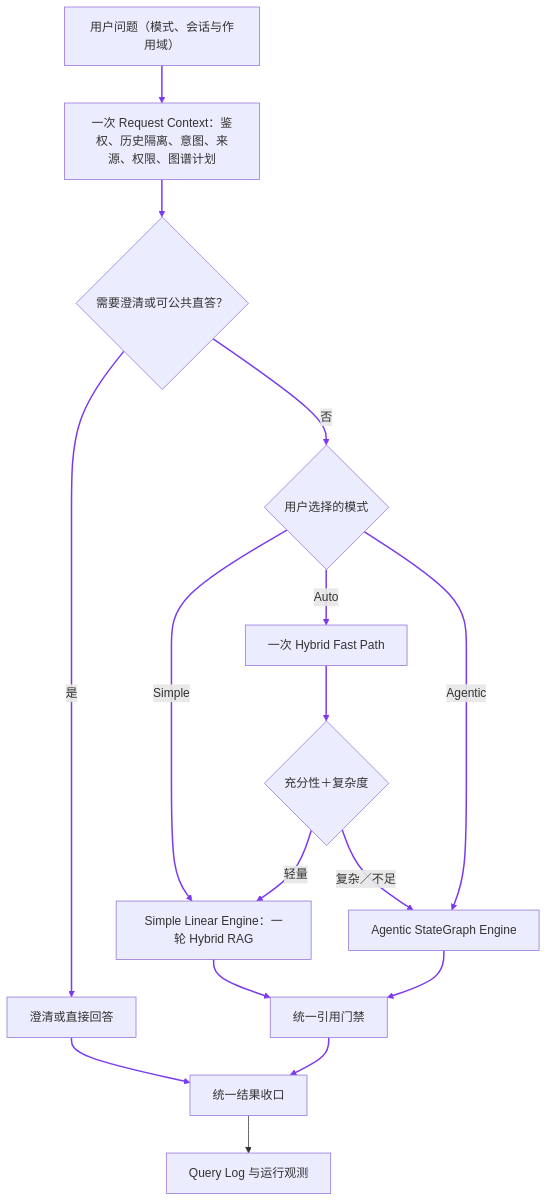
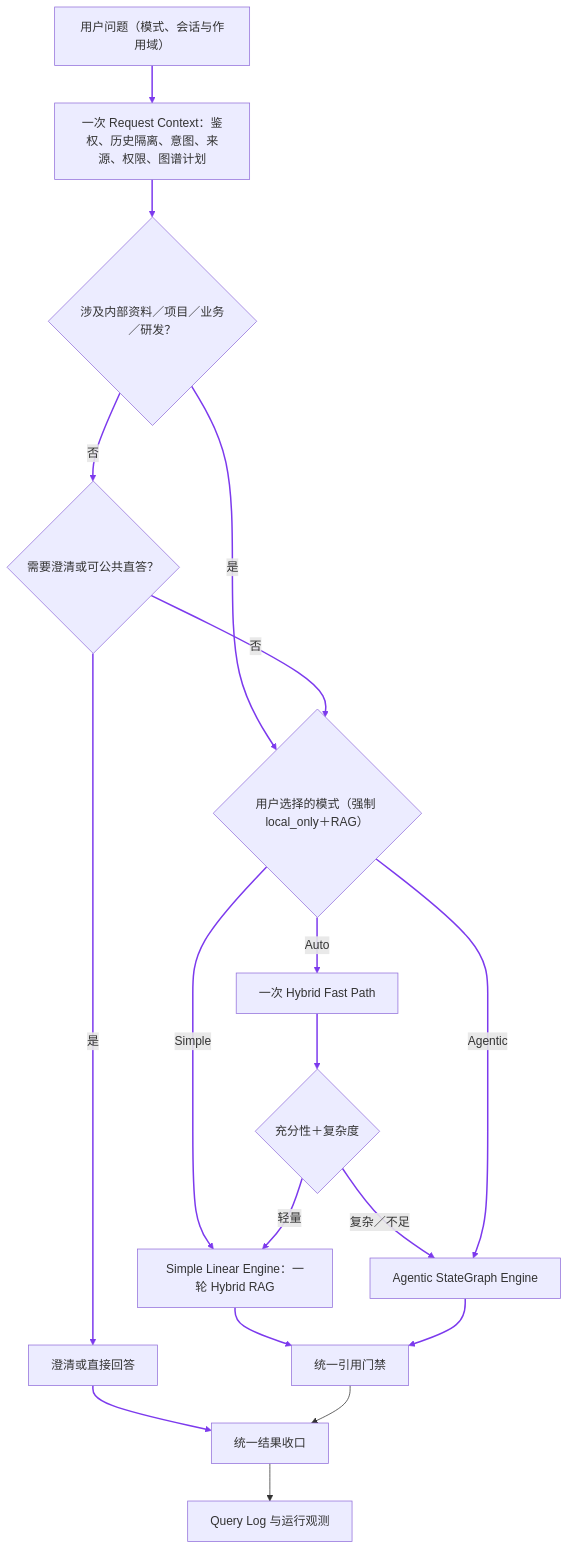
One commit to monstereatai/RAG changed the third of 29 diagrams in docs/interview/功能步骤流程.md. Above: the diagram before and after it, drawn with Mermaid. The commit also changed other lines of this file and 1 other file, not shown here.

Commit message:
docs: 校准功能流程导图与内部检索边界

````diff
--- a/docs/interview/功能步骤流程.md
+++ b/docs/interview/功能步骤流程.md
@@ -186,19 +186,21 @@
 ```mermaid
 flowchart TB
   A[用户问题（模式、会话与作用域）] --> B[一次 Request Context：鉴权、历史隔离、意图、来源、权限、图谱计划]
-  B --> C{需要澄清或可公共直答？}
+  B --> C0{涉及内部资料／项目／业务／研发？}
+  C0 -->|是| Dmode{用户选择的模式（强制 local_only＋RAG）}
+  C0 -->|否| C{需要澄清或可公共直答？}
   C -->|是| H[澄清或直接回答]
-  C -->|否| D{用户选择的模式}
-  D -->|Simple| E[Simple Linear Engine：一轮 Hybrid RAG]
-  D -->|Auto| F[一次 Hybrid Fast Path]
+  C -->|否| Dmode
+  Dmode -->|Simple| E[Simple Linear Engine：一轮 Hybrid RAG]
+  Dmode -->|Auto| F[一次 Hybrid Fast Path]
   F --> G{充分性＋复杂度}
   G -->|轻量| E
   G -->|复杂／不足| I[Agentic StateGraph Engine]
-  D -->|Agentic| I
+  Dmode -->|Agentic| I
   E --> J[统一引用门禁]
   I --> J
   H --> K[统一结果收口]
   J --> K
   K --> L[Query Log 与运行观测]
-  linkStyle 0,1,2,3,4,5,6,7,8,9,10,11,12,13 stroke:#7c3aed,stroke-width:2px
+  linkStyle 0,1,2,3,4,5,6,7,8,9,10,11,12,13,14 stroke:#7c3aed,stroke-width:2px
 ```
````
